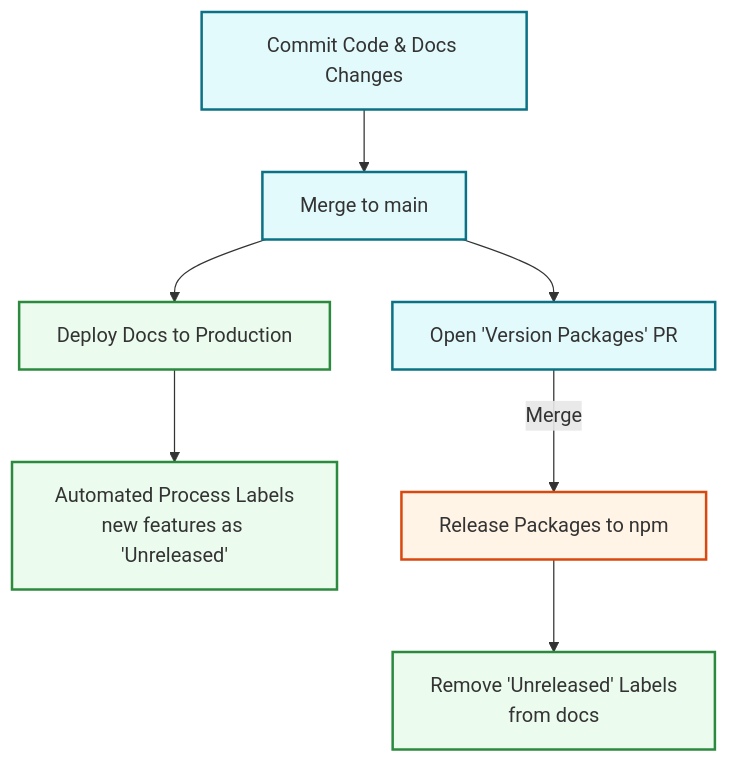
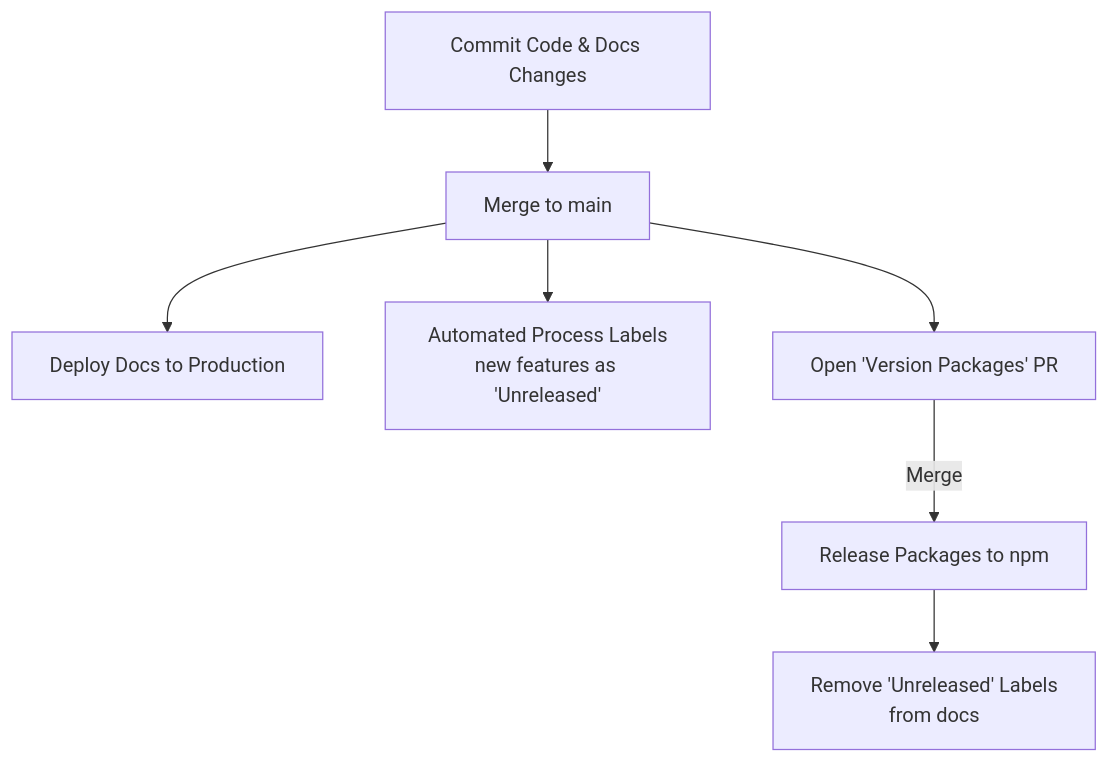
Before and after one commit to yamcodes/arkenv: the fifth of 5 diagrams in docs/adr/0006-branching-and-release-flow.md, drawn with Mermaid. The commit also changed other lines of this file, not shown here.

Commit message:
refactor: remove Mermaid class definitions and styling from ADR branching flow diagrams

````diff
--- a/docs/adr/0006-branching-and-release-flow.md
+++ b/docs/adr/0006-branching-and-release-flow.md
@@ -103,13 +85,9 @@
 ```mermaid
 graph TD
-    classDef main fill:#e3fafc,stroke:#0b7285,stroke-width:2px;
-    classDef deploy fill:#ebfbee,stroke:#2b8a3e,stroke-width:2px;
-    classDef release fill:#fff4e6,stroke:#d9480f,stroke-width:2px;
-    
-    A[Commit Code & Docs Changes]:::main --> B[Merge to main]:::main
-    B --> C[Deploy Docs to Production]:::deploy
-    C --> D["Automated Process Labels<br/>new features as 'Unreleased'"]:::deploy
-    B --> E["Open 'Version Packages' PR"]:::main
-    E -->|Merge| F[Release Packages to npm]:::release
-    F --> G["Remove 'Unreleased' Labels<br/>from docs"]:::deploy
+    A[Commit Code & Docs Changes] --> B[Merge to main]
+    B --> C[Deploy Docs to Production]
+    B --> D["Automated Process Labels<br/>new features as 'Unreleased'"]
+    B --> E["Open 'Version Packages' PR"]
+    E -->|Merge| F[Release Packages to npm]
+    F --> G["Remove 'Unreleased' Labels<br/>from docs"]
 ```
````
